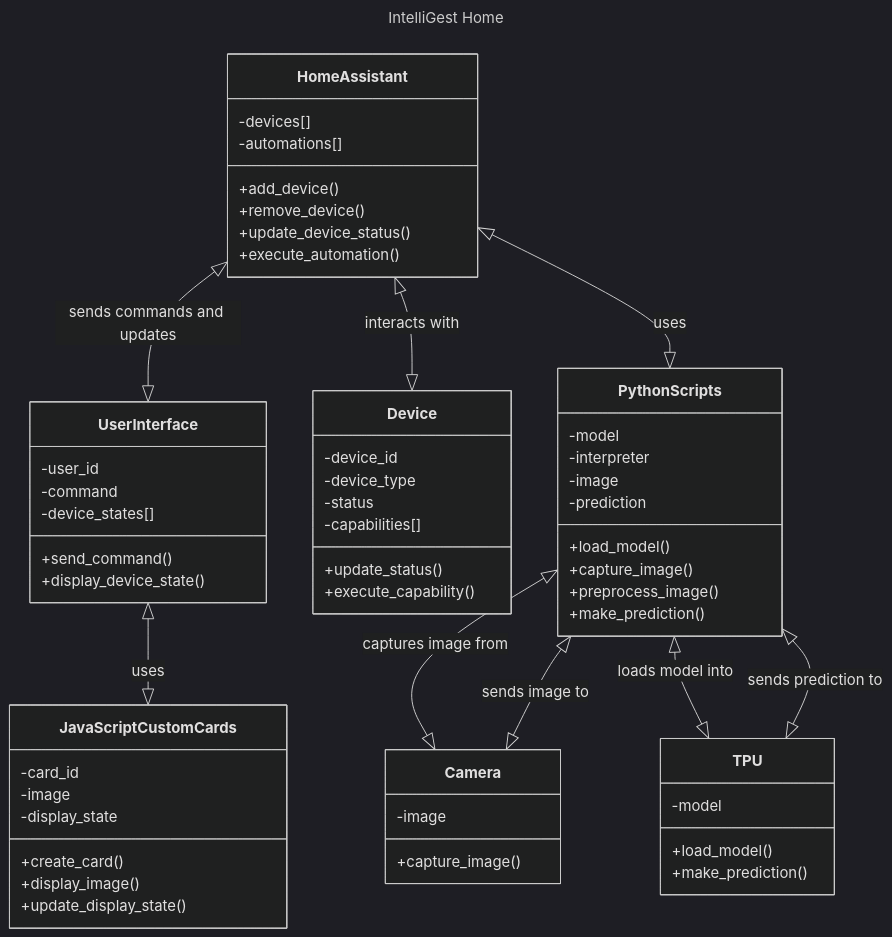
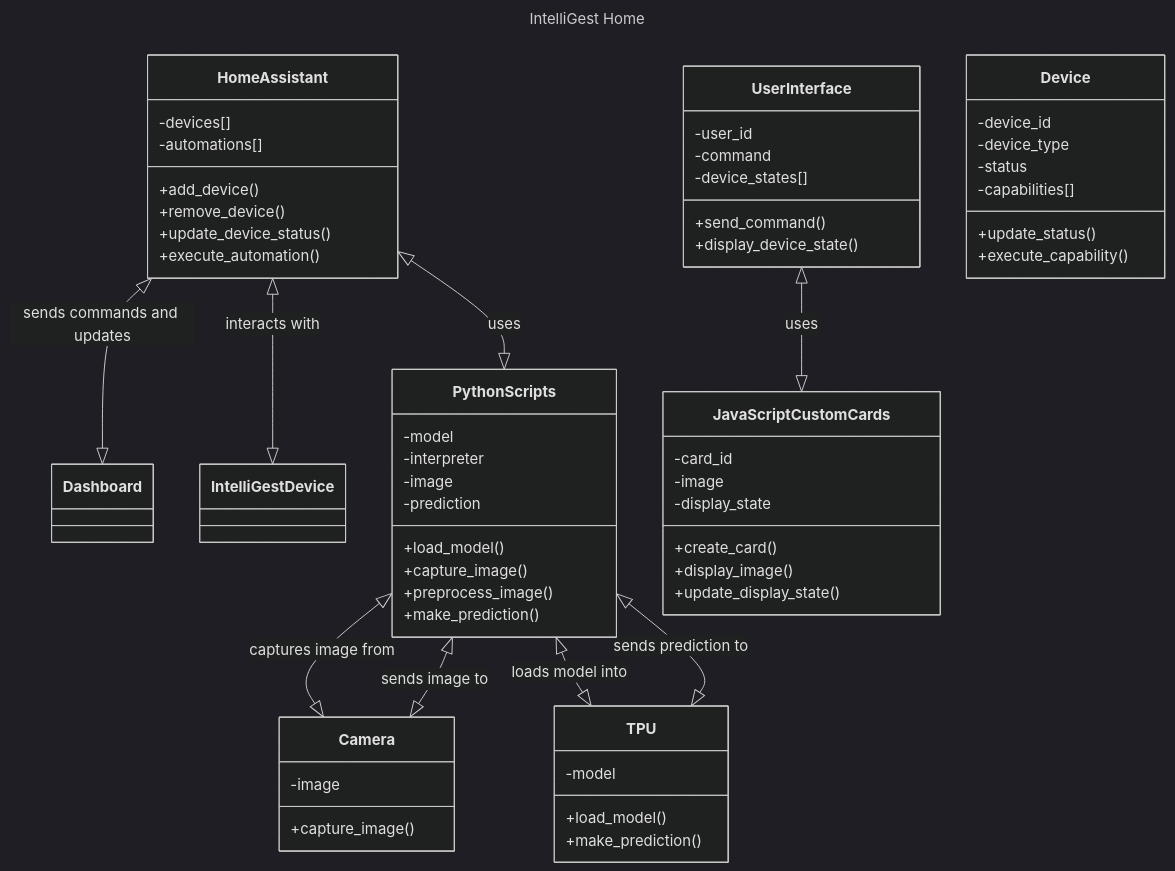
Before and after one commit to Capstone-Projects-2024-Spring/project-intelligest-smart-home: the diagram in documentation/docs/system-architecture/class-diagram.md, drawn with Mermaid (dark theme). The commit also changed other lines of this file, not shown here.

Commit message:
Clarified stuff on Class Diagrams page

````diff
--- a/documentation/docs/system-architecture/class-diagram.md
+++ b/documentation/docs/system-architecture/class-diagram.md
@@ -35,65 +35,65 @@
 ```mermaid
 ---
 title: IntelliGest Home
 ---
 
 classDiagram
-    HomeAssistant <|--|> UserInterface : sends commands and updates
-    HomeAssistant <|--|> Device : interacts with
+    HomeAssistant <|--|> Dashboard : sends commands and updates
+    HomeAssistant <|--|> IntelliGestDevice : interacts with
     HomeAssistant <|--|> PythonScripts : uses
     UserInterface <|--|> JavaScriptCustomCards : uses
     PythonScripts <|--|> Camera : captures image from
     PythonScripts <|--|> TPU : loads model into
     Camera <|--|> PythonScripts : sends image to
     TPU <|--|> PythonScripts : sends prediction to
     class HomeAssistant {
         -devices[]
         -automations[]
         +add_device()
         +remove_device()
         +update_device_status()
         +execute_automation()
     }
     class UserInterface {
         -user_id
         -command
         -device_states[]
         +send_command()
         +display_device_state()
     }
     class Device {
         -device_id
         -device_type
         -status
         -capabilities[]
         +update_status()
         +execute_capability()
     }
     class PythonScripts {
         -model
         -interpreter
         -image
         -prediction
         +load_model()
         +capture_image()
         +preprocess_image()
         +make_prediction()
     }
     class JavaScriptCustomCards {
         -card_id
         -image
         -display_state
         +create_card()
         +display_image()
         +update_display_state()
     }
     class Camera {
         -image
         +capture_image()
     }
     class TPU {
         -model
         +load_model()
         +make_prediction()
     }
 ```
````
